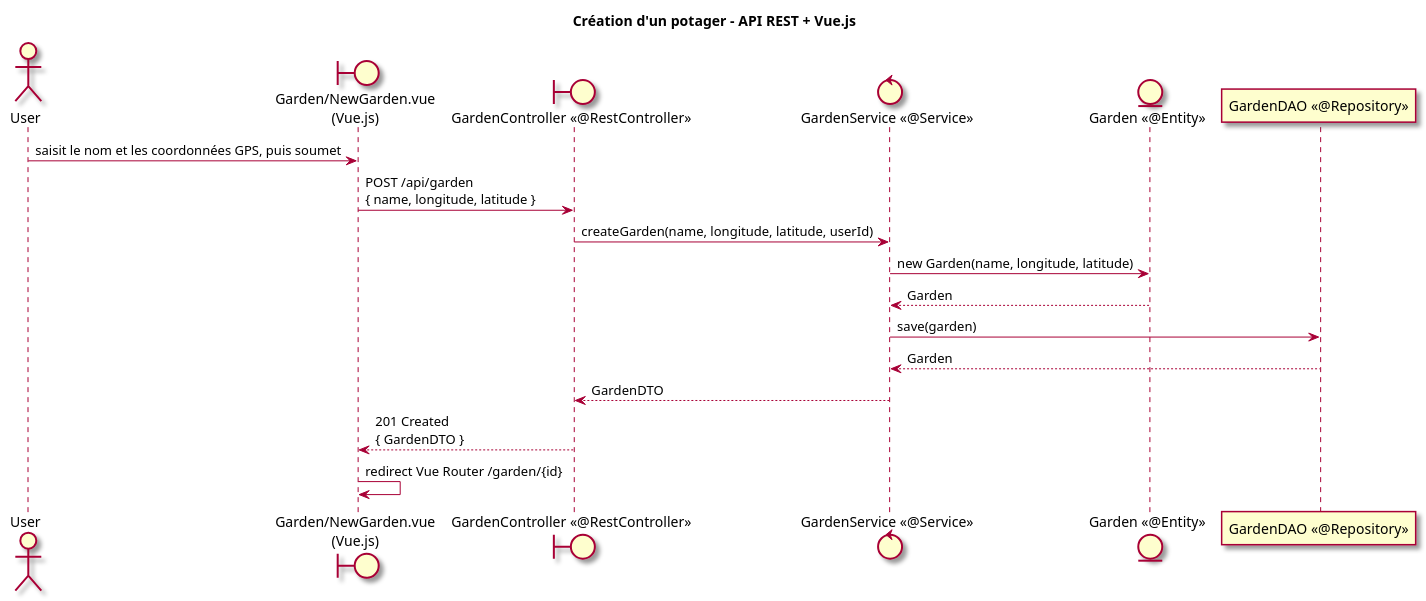
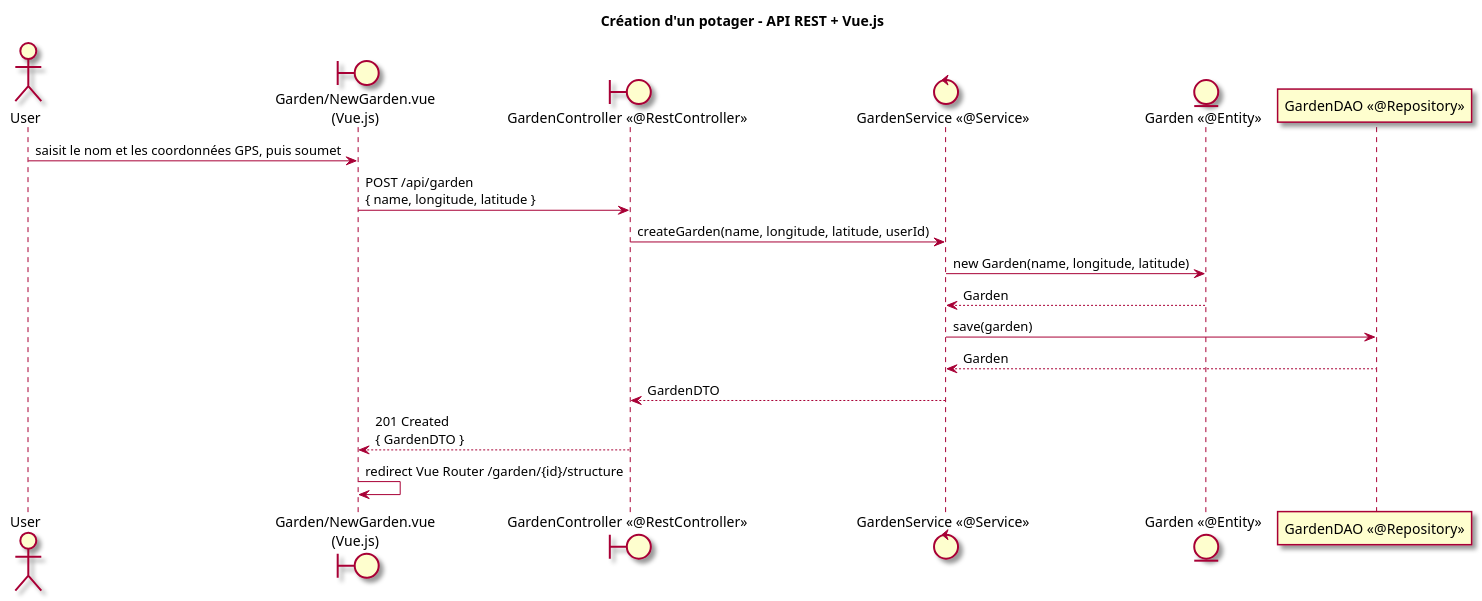
One commit to olivaux/planpotager changed diagram 15 of 50 in specs/03_Conception_V1.0.md. Above: the diagram before and after it, drawn with PlantUML. The commit also changed other lines of this file and 19 other files, not shown here.

```diff
--- a/specs/03_Conception_V1.0.md
+++ b/specs/03_Conception_V1.0.md
@@ -1173,25 +1192,25 @@
 ~~~plantuml
 @startuml
 title Création d'un potager - API REST + Vue.js
 skin rose
 
 actor User as u
 boundary "Garden/NewGarden.vue\n(Vue.js)" as vue
 boundary "GardenController <<@RestController>>" as ctrl
 control "GardenService <<@Service>>" as svc
 entity "Garden <<@Entity>>" as enG
 participant "GardenDAO <<@Repository>>" as repo
 
 u -> vue : saisit le nom et les coordonnées GPS, puis soumet
 vue -> ctrl : POST /api/garden\n{ name, longitude, latitude }
 ctrl -> svc : createGarden(name, longitude, latitude, userId)
 svc -> enG : new Garden(name, longitude, latitude)
 return Garden
 svc -> repo : save(garden)
 return Garden
 svc --> ctrl : GardenDTO
 ctrl --> vue : 201 Created\n{ GardenDTO }
-vue -> vue : redirect Vue Router /garden/{id}
+vue -> vue : redirect Vue Router /garden/{id}/structure
 
 @enduml
 ~~~
```
